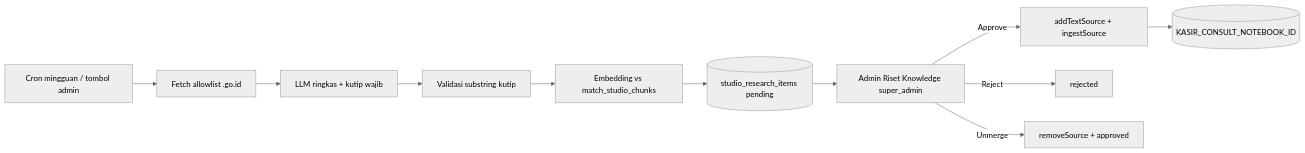
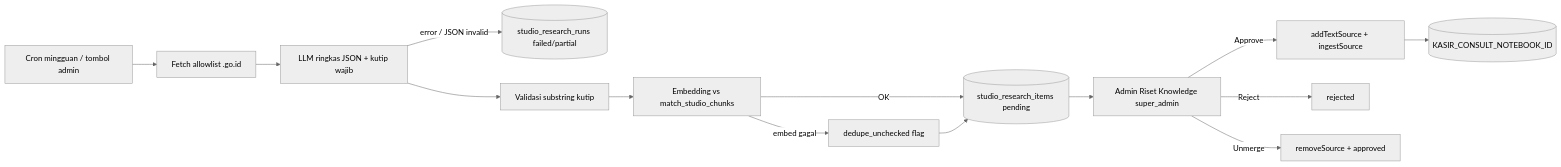
One commit to nusantarasoft/juragan-aibuilder-cup changed the diagram in diagrams/aistudio/studio/system/L5-riset-knowledge.mmd. Above: the diagram before and after it, drawn with Mermaid (neutral theme). The commit also changed 12 other files, not shown here.

First line of the commit message:
fix(studio): fail Riset Knowledge on LLM errors, surface run status (#91)

```diff
--- a/diagrams/aistudio/studio/system/L5-riset-knowledge.mmd
+++ b/diagrams/aistudio/studio/system/L5-riset-knowledge.mmd
@@ -1,11 +1,14 @@
 flowchart LR
   CRON[Cron mingguan / tombol admin] --> FETCH[Fetch allowlist .go.id]
-  FETCH --> LLM[LLM ringkas + kutip wajib]
+  FETCH --> LLM[LLM ringkas JSON + kutip wajib]
+  LLM -->|error / JSON invalid| RUNFAIL[(studio_research_runs failed/partial)]
   LLM --> VAL[Validasi substring kutip]
   VAL --> DEDUPE[Embedding vs match_studio_chunks]
-  DEDUPE --> PENDING[(studio_research_items pending)]
+  DEDUPE -->|embed gagal| UNCHK[dedupe_unchecked flag]
+  DEDUPE -->|OK| PENDING[(studio_research_items pending)]
+  UNCHK --> PENDING
   PENDING --> ADMIN[Admin Riset Knowledge super_admin]
   ADMIN -->|Approve| MERGE[addTextSource + ingestSource]
   ADMIN -->|Reject| REJ[rejected]
   MERGE --> NB[(KASIR_CONSULT_NOTEBOOK_ID)]
   ADMIN -->|Unmerge| DEL[removeSource + approved]
```
